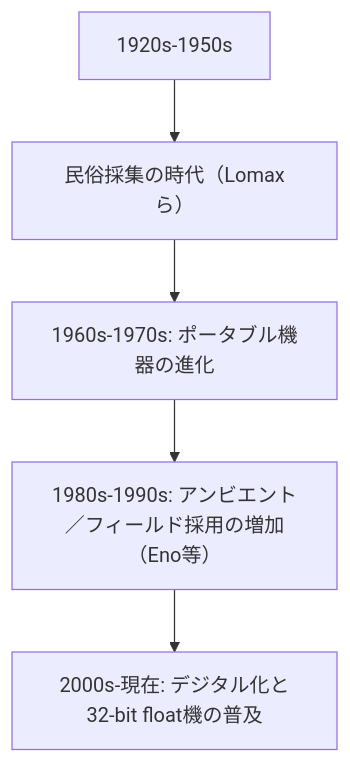
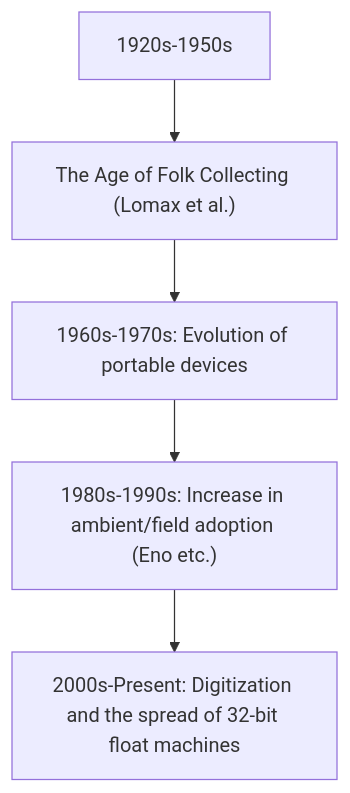
The diagram in en/_posts/2025-09-30-Column-Field-Recording.md (monumental-movement/monumental-movement.github.io), drawn with Mermaid before and after one commit. The commit also changed 152 other files, not shown here.

```diff
--- a/en/_posts/2025-09-30-Column-Field-Recording.md
+++ b/en/_posts/2025-09-30-Column-Field-Recording.md
@@ -42,7 +42,7 @@
 <div class="mermaid">
 flowchart TD
-  A["1920s-1950s"] --> B["民俗採集の時代（Lomaxら）"]
-  B --> C["1960s-1970s: ポータブル機器の進化"]
-  C --> D["1980s-1990s: アンビエント／フィールド採用の増加（Eno等）"]
-  D --> E["2000s-現在: デジタル化と32-bit float機の普及"]
+  A["1920s-1950s"] --> B["The Age of Folk Collecting (Lomax et al.)"]
+  B --> C["1960s-1970s: Evolution of portable devices"]
+  C --> D["1980s-1990s: Increase in ambient/field adoption (Eno etc.)"]
+  D --> E["2000s-Present: Digitization and the spread of 32-bit float machines"]
 </div>
```
